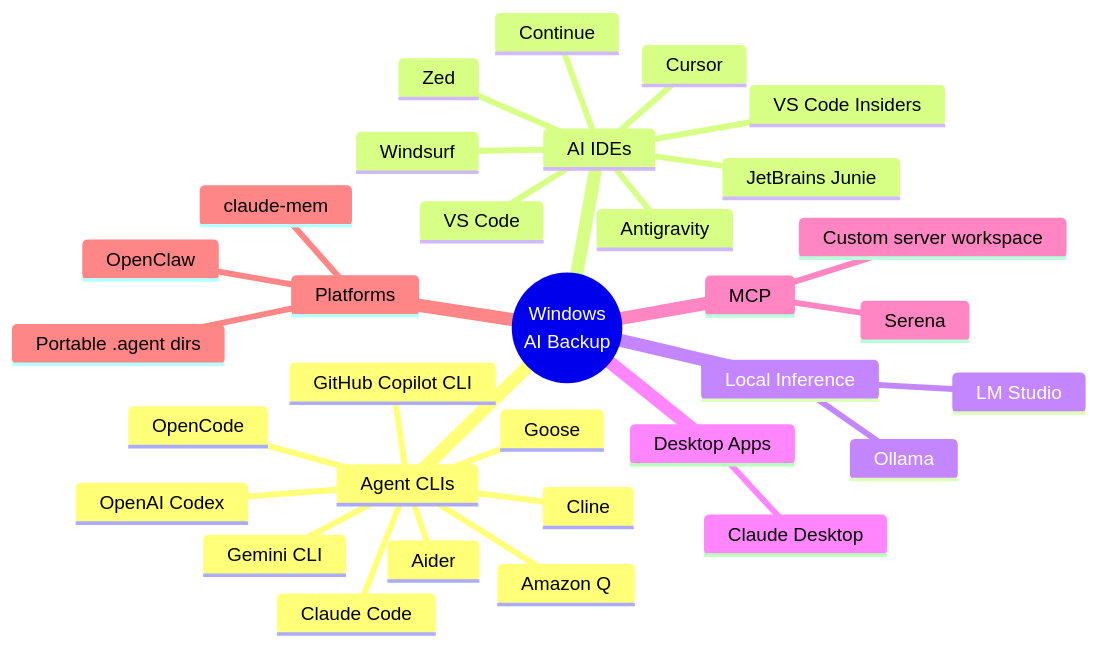
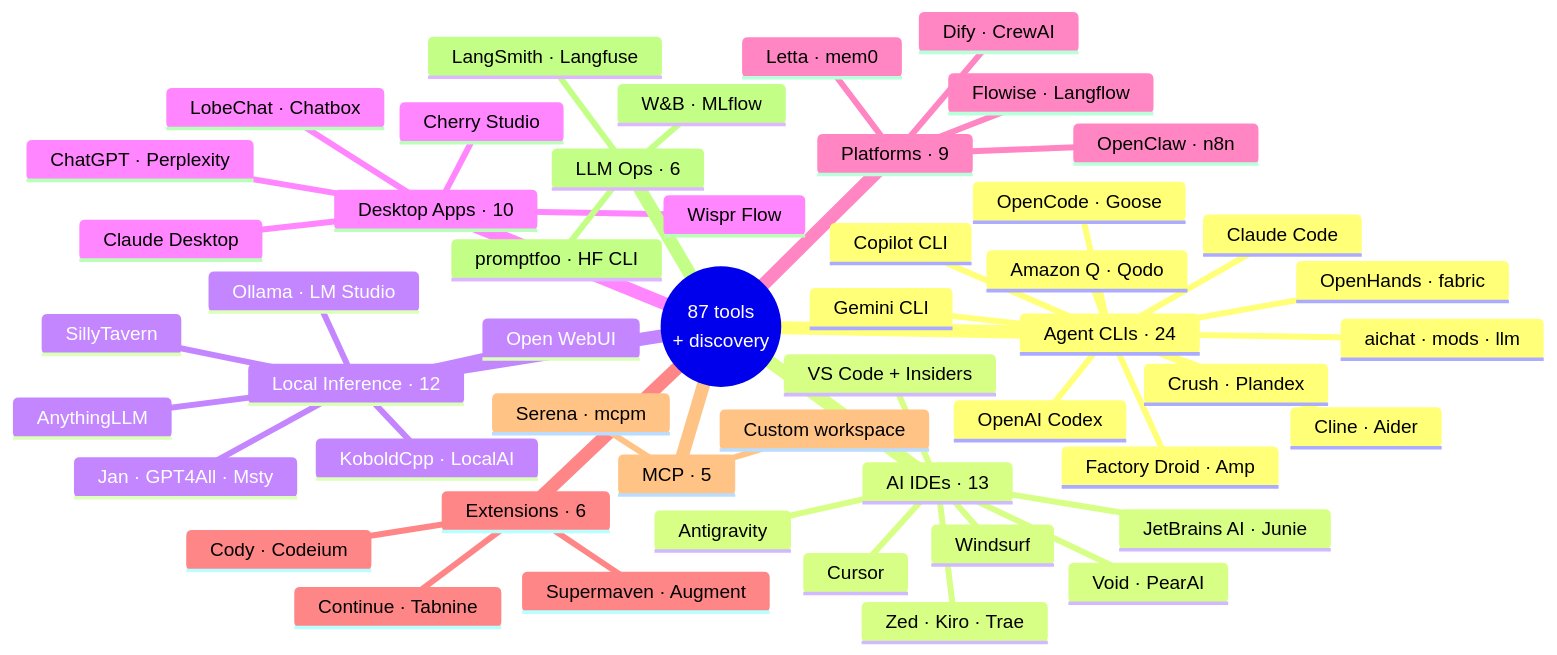
One commit to srksourabh/windows-ai-backup changed the second of 7 diagrams in README.md. Above: the diagram before and after it, drawn with Mermaid. The commit also changed other lines of this file and 28 other files, not shown here.

````diff
--- a/README.md
+++ b/README.md
@@ -124,35 +133,53 @@
 ```mermaid
 mindmap
-  root((Windows<br/>AI Backup))
-    Agent CLIs
+  root((87 tools<br/>+ discovery))
+    Agent CLIs · 24
       Claude Code
       OpenAI Codex
       Gemini CLI
-      GitHub Copilot CLI
-      Cline
-      Aider
-      OpenCode
-      Goose
-      Amazon Q
-    AI IDEs
+      Copilot CLI
+      Cline · Aider
+      OpenCode · Goose
+      Amazon Q · Qodo
+      Crush · Plandex
+      Factory Droid · Amp
+      OpenHands · fabric
+      aichat · mods · llm
+    AI IDEs · 13
       Cursor
-      VS Code
-      VS Code Insiders
+      VS Code + Insiders
       Windsurf
       Antigravity
-      Zed
-      JetBrains Junie
-      Continue
-    Local Inference
-      Ollama
-      LM Studio
-    Desktop Apps
+      Zed · Kiro · Trae
+      Void · PearAI
+      JetBrains AI · Junie
+    Local Inference · 12
+      Ollama · LM Studio
+      Jan · GPT4All · Msty
+      AnythingLLM
+      Open WebUI
+      SillyTavern
+      KoboldCpp · LocalAI
+    Desktop Apps · 10
       Claude Desktop
-    MCP
-      Custom server workspace
-      Serena
-    Platforms
-      OpenClaw
-      claude-mem
-      Portable .agent dirs
+      ChatGPT · Perplexity
+      Cherry Studio
+      LobeChat · Chatbox
+      Wispr Flow
+    Platforms · 9
+      OpenClaw · n8n
+      Flowise · Langflow
+      Dify · CrewAI
+      Letta · mem0
+    Extensions · 6
+      Continue · Tabnine
+      Supermaven · Augment
+      Cody · Codeium
+    MCP · 5
+      Custom workspace
+      Serena · mcpm
+    LLM Ops · 6
+      LangSmith · Langfuse
+      W&B · MLflow
+      promptfoo · HF CLI
 ```
````
